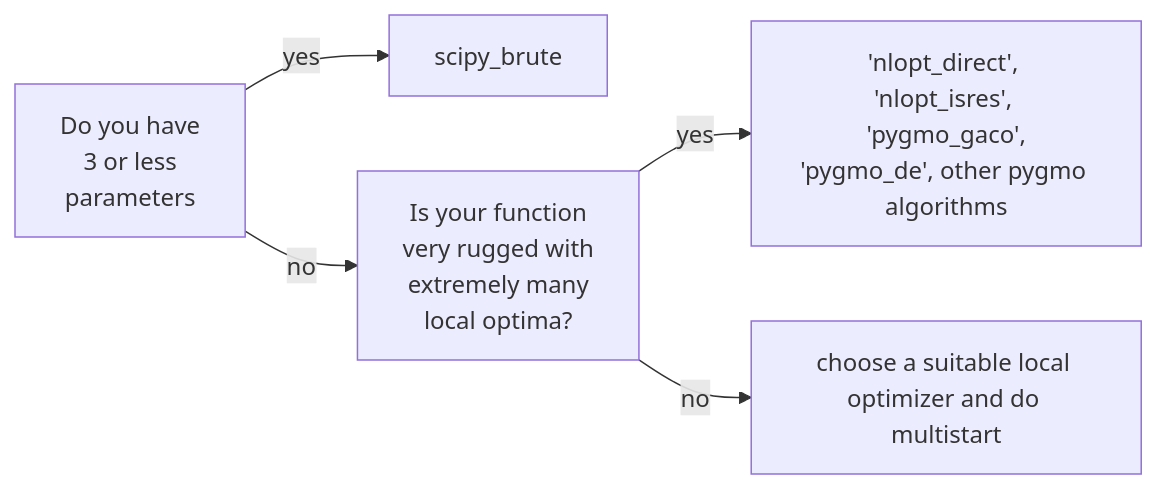
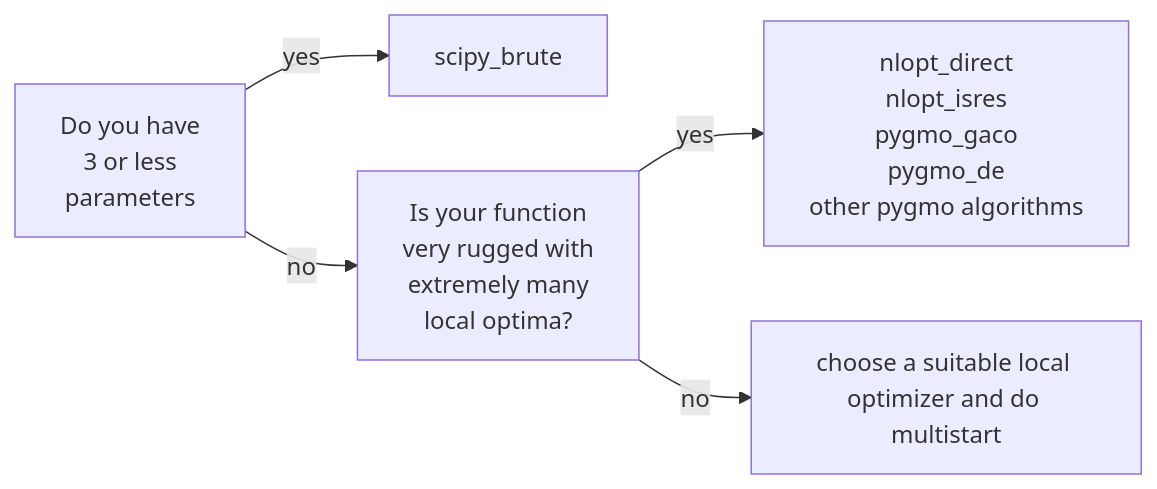
Before and after one commit to OpenSourceEconomics/epp_topics: the second of 2 diagrams in src/epp_topics/numerical_optimization/optimization_algorithms/screencast/slides.md, drawn with Mermaid. The commit also changed other lines of this file and 20 other files, not shown here.

````diff
--- a/src/epp_topics/numerical_optimization/optimization_algorithms/screencast/slides.md
+++ b/src/epp_topics/numerical_optimization/optimization_algorithms/screencast/slides.md
@@ -87,8 +92,8 @@
 ```mermaid {theme: 'dark', scale: 0.6}
 graph LR
     classDef highlight fill:#FF4500;
     A["Do you have<br/>3 or less<br/>parameters"] -- yes --> B["scipy_brute"]
     A["Do you have<br/>3 or less<br/>parameters"] -- no --> C["Is your function<br/>very rugged with<br/>extremely many<br/>local optima?"]
-    C["Is your function<br/>very rugged with<br/>extremely many<br/>local optima?"] -- yes --> D["'nlopt_direct', 'nlopt_isres', 'pygmo_gaco',<br/>'pygmo_de', other pygmo algorithms"]
+    C["Is your function<br/>very rugged with<br/>extremely many<br/>local optima?"] -- yes --> D["nlopt_direct<br/>nlopt_isres<br/>pygmo_gaco<br/>pygmo_de<br/>other pygmo algorithms"]
     C["Is your function<br/>very rugged with<br/>extremely many<br/>local optima?"] -- no --> E["choose a suitable local optimizer and do multistart"]
 ```
````
